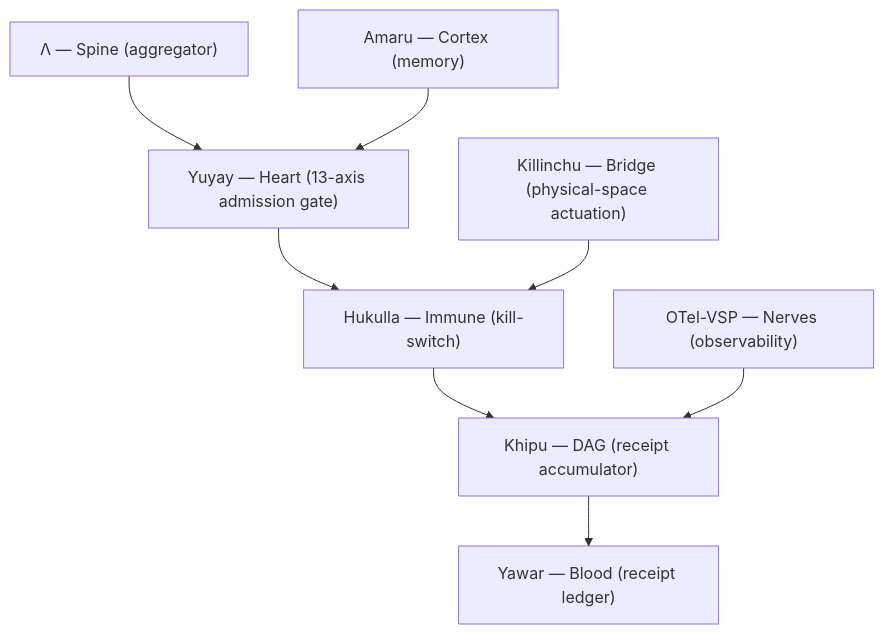
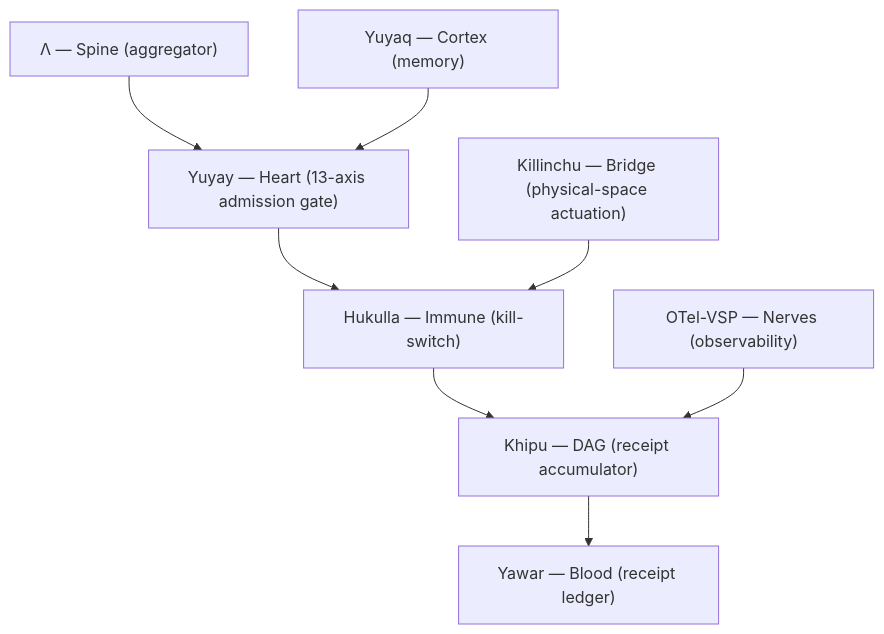
The diagram in docs/architecture.md (szl-holdings/docs-site), drawn with Mermaid before and after one commit. The commit also changed other lines of this file, not shown here.

First line of the commit message:
docs(architecture): retire codenames in organ map + flow

````diff
--- a/docs/architecture.md
+++ b/docs/architecture.md
@@ -15,10 +15,10 @@
 ```mermaid
 flowchart TD
   L["Λ — Spine (aggregator)"] --> Y["Yuyay — Heart (13-axis admission gate)"]
-  A["Amaru — Cortex (memory)"] --> Y
+  A["Yuyaq — Cortex (memory)"] --> Y
   Y --> H["Hukulla — Immune (kill-switch)"]
   H --> K["Khipu — DAG (receipt accumulator)"]
   K --> W["Yawar — Blood (receipt ledger)"]
   O["OTel-VSP — Nerves (observability)"] --> K
   KI["Killinchu — Bridge (physical-space actuation)"] --> H
 ```
````
